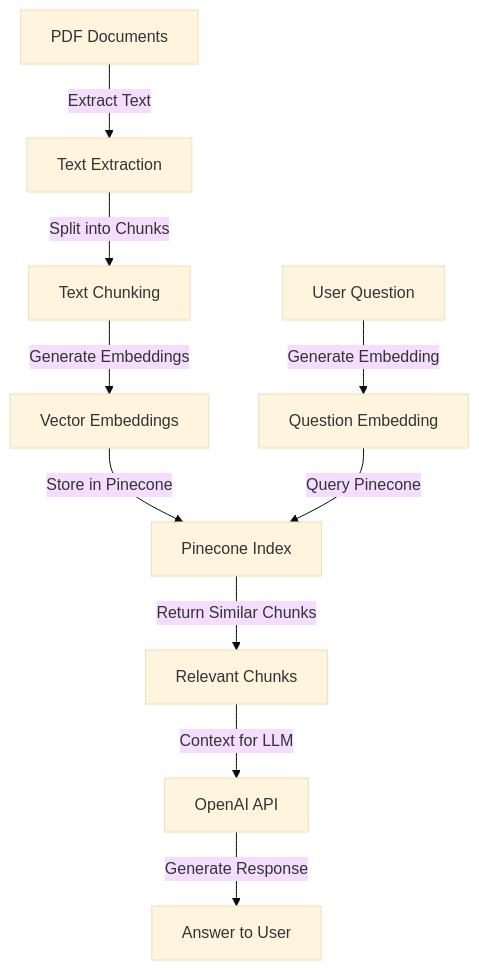
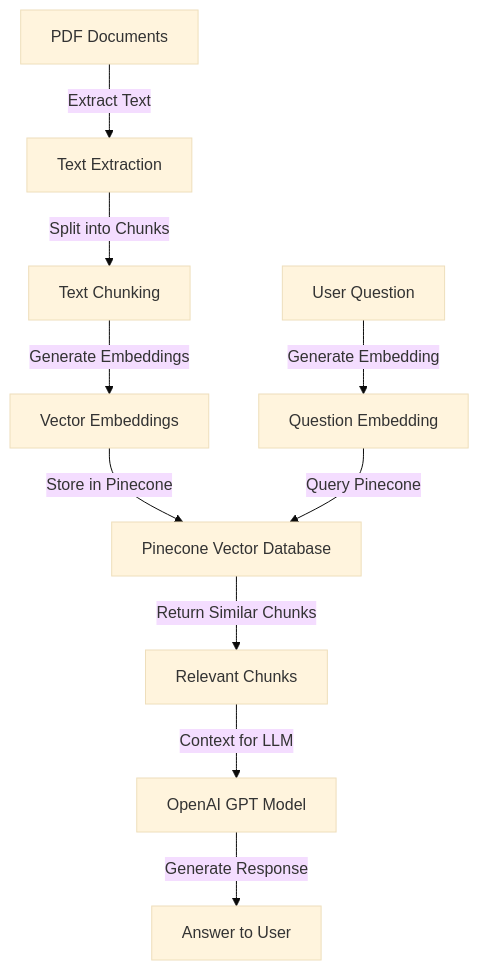
The diagram in rag/README.md (senthilcaesar/diabetes-nutrition-app), drawn with Mermaid (base theme) before and after one commit. The commit also changed other lines of this file and 10 other files, not shown here.

````diff
--- a/rag/README.md
+++ b/rag/README.md
@@ -8,13 +7,13 @@
 ```mermaid
 graph TD
     A[PDF Documents] -->|Extract Text| B[Text Extraction]
     B -->|Split into Chunks| C[Text Chunking]
     C -->|Generate Embeddings| D[Vector Embeddings]
-    D -->|Store in Pinecone| E[Pinecone Index]
+    D -->|Store in Pinecone| E[Pinecone Vector Database]
 
     F[User Question] -->|Generate Embedding| G[Question Embedding]
     G -->|Query Pinecone| E
     E -->|Return Similar Chunks| H[Relevant Chunks]
-    H -->|Context for LLM| I[OpenAI API]
+    H -->|Context for LLM| I[OpenAI GPT Model]
     I -->|Generate Response| J[Answer to User]
 ```
````
